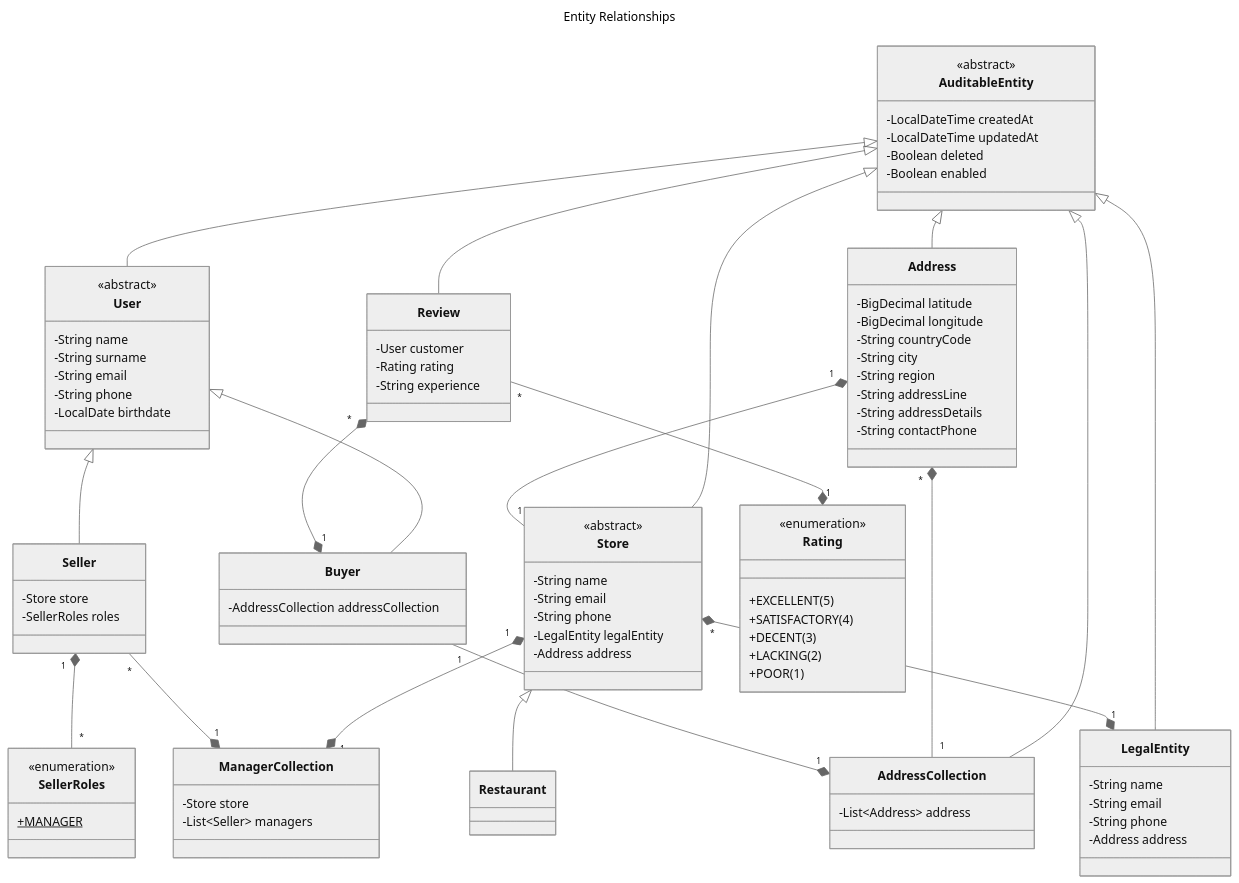
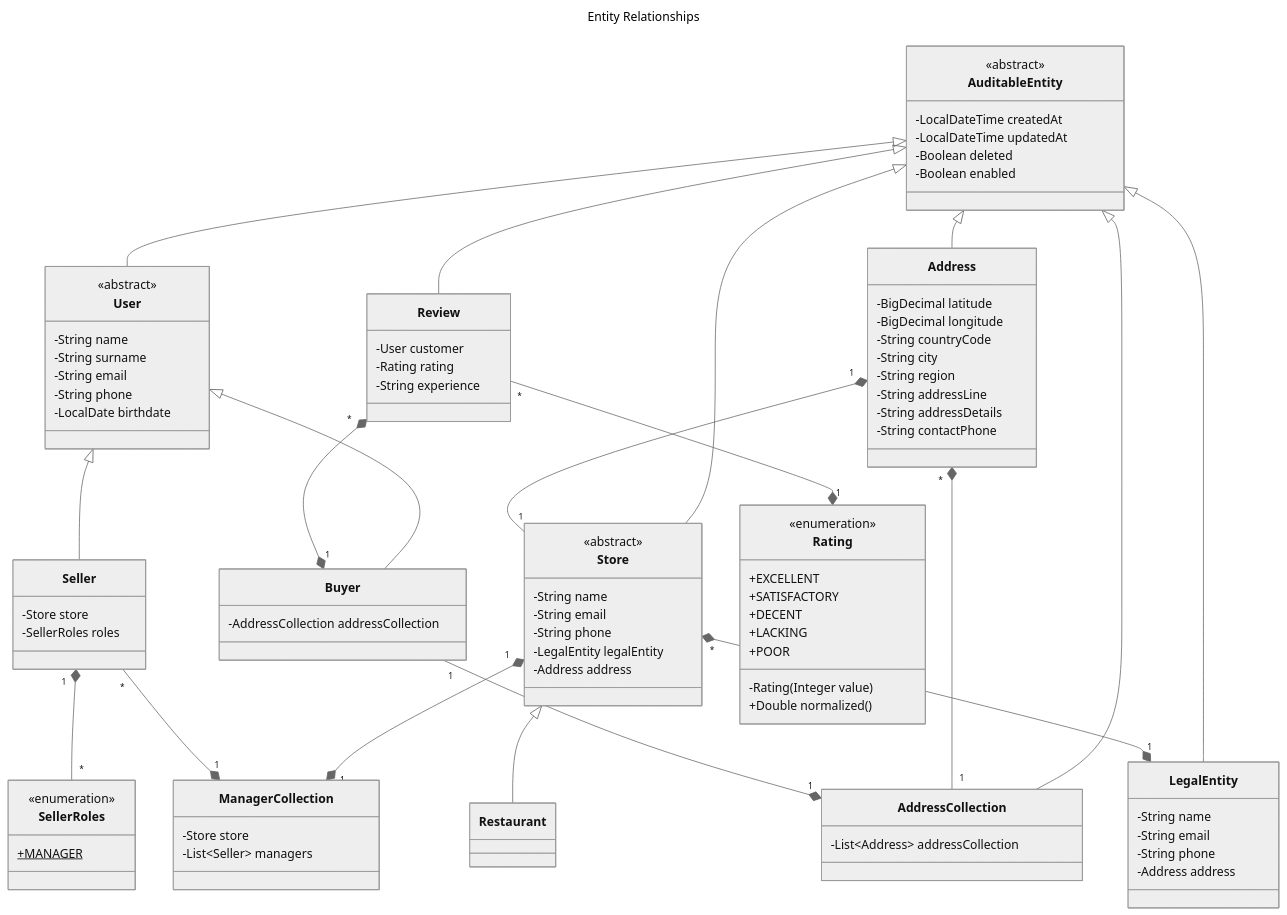
Before and after one commit to gokdenizozkan/ddd: the diagram in README.md, drawn with Mermaid (neutral theme). The commit also changed other lines of this file and 2 other files, not shown here.

Commit message:
add Address and AddressCollection - v0.1.0-f4[1,2].100
Address is a class with no ownership relationship. It is only owned.
AddressCollection is currently configured to be an entity on its own, with OneToMany relationship mapped by itself.
> In future, this implementation might be changed with @Embeddable and become directly integrated with the classes it is owned.

````diff
--- a/README.md
+++ b/README.md
@@ -134,7 +134,7 @@
     }
 
     class AddressCollection {
-        -List~Address~ address
+        -List~Address~ addressCollection
     }
 
     class LegalEntity {
@@ -152,10 +152,12 @@
 
     class Rating {
         <<enumeration>>
-        +EXCELLENT(5)
-        +SATISFACTORY(4)
-        +DECENT(3)
-        +LACKING(2)
-        +POOR(1)
+        +EXCELLENT
+        +SATISFACTORY
+        +DECENT
+        +LACKING
+        +POOR
+        -Rating(Integer value)
+        +Double normalized()
     }
 ```
````
